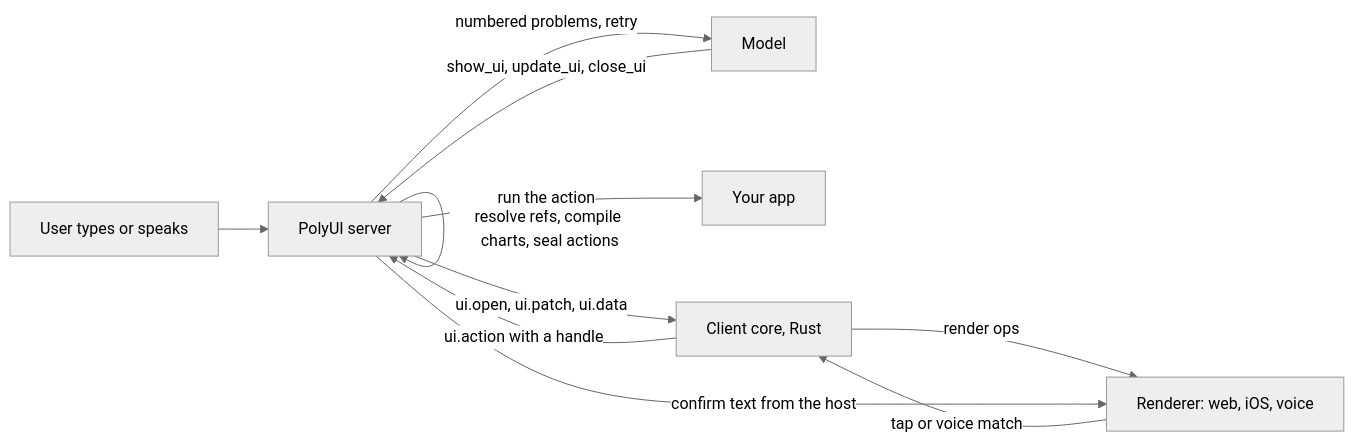
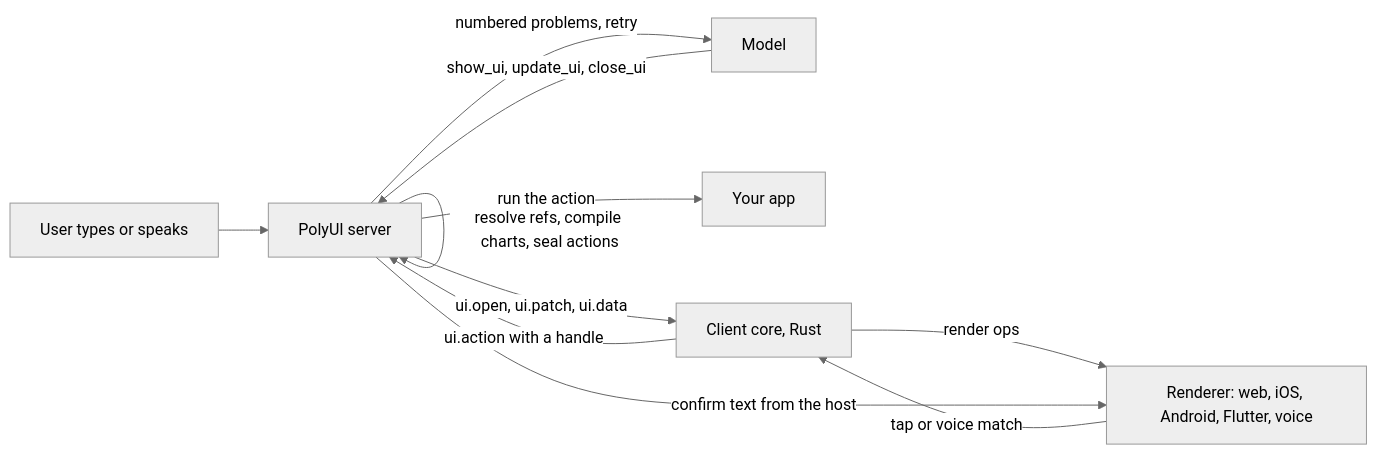
One commit to murtazox04/polyui changed the diagram in README.md. Above: the diagram before and after it, drawn with Mermaid (neutral theme). The commit also changed other lines of this file and 31 other files, not shown here.

````diff
--- a/README.md
+++ b/README.md
@@ -21,13 +21,13 @@
 ```mermaid
 flowchart LR
     U[User types or speaks] --> S
     M[Model] -- show_ui, update_ui, close_ui --> S[PolyUI server]
     S -- numbered problems, retry --> M
     S -- resolve refs, compile charts, seal actions --> S
     S -- ui.open, ui.patch, ui.data --> C[Client core, Rust]
-    C -- render ops --> R[Renderer: web, iOS, voice]
+    C -- render ops --> R[Renderer: web, iOS, Android, Flutter, voice]
     R -- tap or voice match --> C
     C -- ui.action with a handle --> S
     S -- confirm text from the host --> R
     S -- run the action --> H[Your app]
 ```
````
